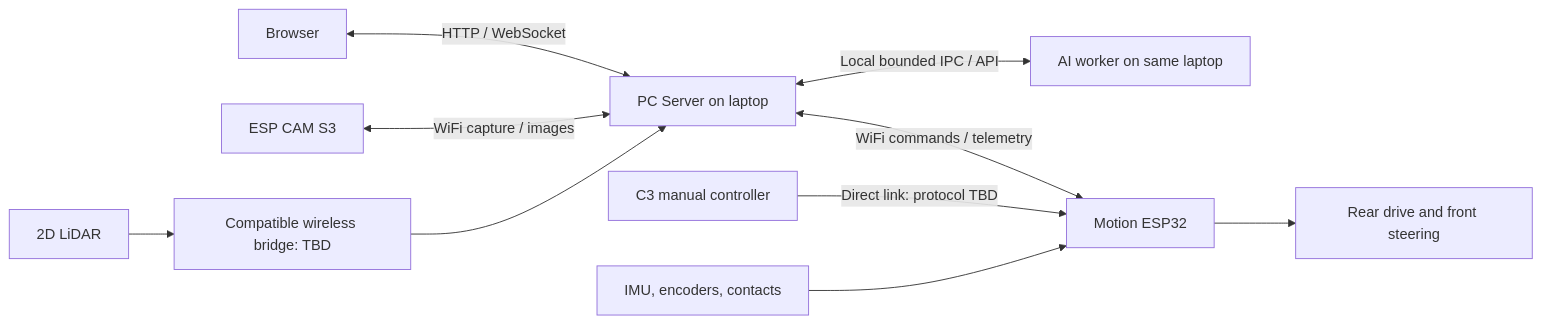
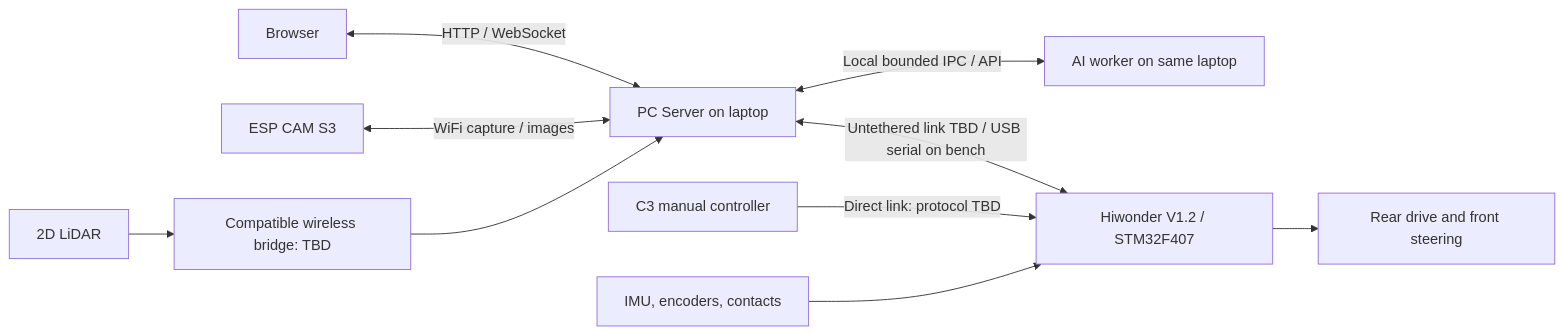
The diagram in docs/architecture/system.md (ResQ-Vision/project), drawn with Mermaid before and after one commit. The commit also changed other lines of this file and 31 other files, not shown here.

Commit message:
docs: select Hiwonder V1.2 STM32 motion controller

````diff
--- a/docs/architecture/system.md
+++ b/docs/architecture/system.md
@@ -20,12 +22,12 @@
 ```mermaid
 flowchart LR
     B[Browser] <-->|HTTP / WebSocket| S[PC Server on laptop]
     S <-->|Local bounded IPC / API| A[AI worker on same laptop]
-    S <-->|WiFi commands / telemetry| E[Motion ESP32]
+    S <-->|Untethered link TBD / USB serial on bench| E[Hiwonder V1.2 / STM32F407]
     C[C3 manual controller] -->|Direct link: protocol TBD| E
     T[IMU, encoders, contacts] --> E
     E --> D[Rear drive and front steering]
     CAM[ESP CAM S3] <-->|WiFi capture / images| S
     L[2D LiDAR] --> W[Compatible wireless bridge: TBD]
     W --> S
 ```
````
